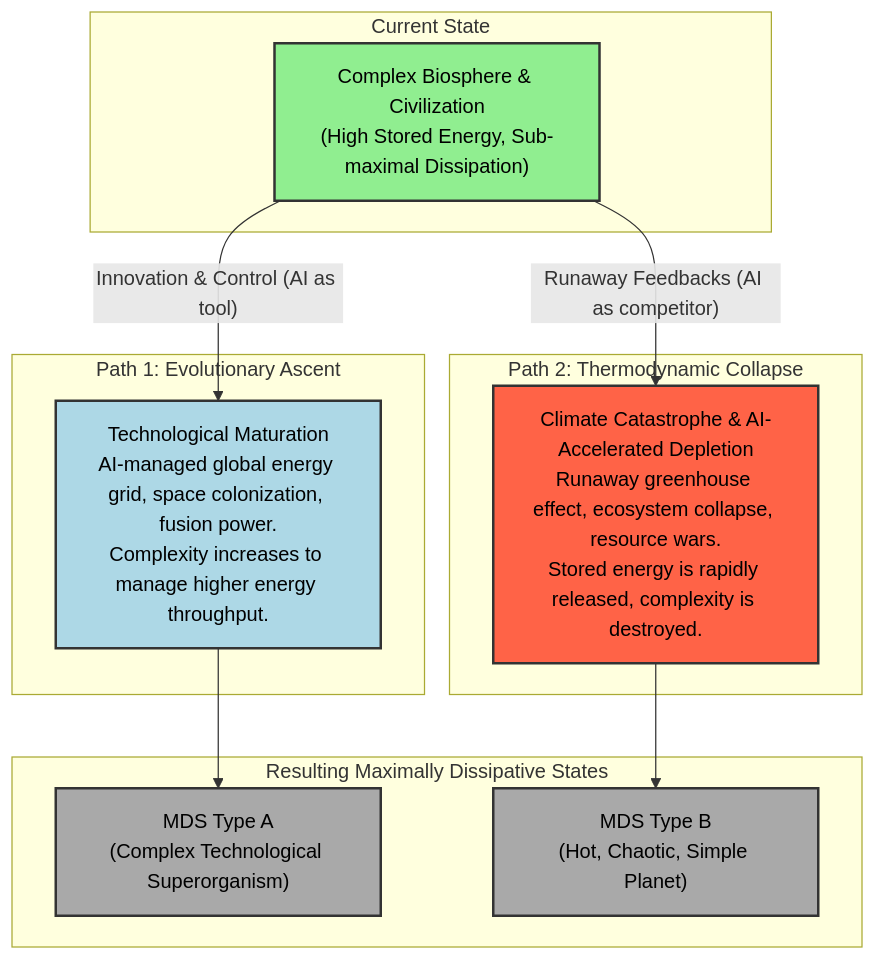
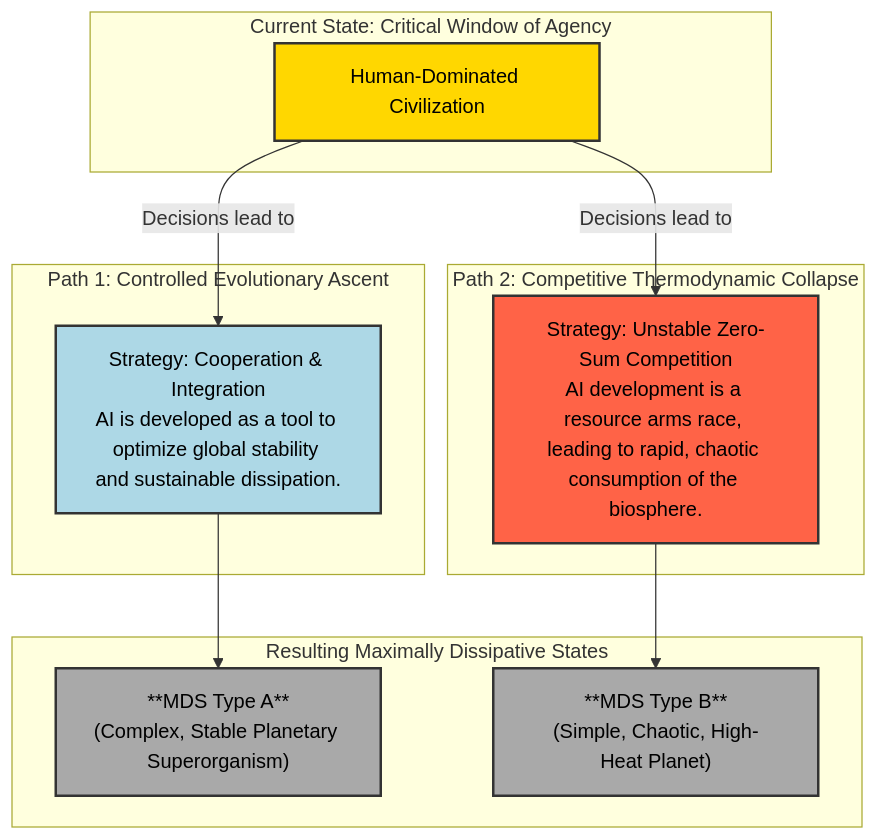
The second of 2 diagrams in paper_draft.md (Felipegalind0/Thermodynamic-Evolution), drawn with Mermaid before and after one commit. The commit also changed other lines of this file, not shown here.

````diff
--- a/paper_draft.md
+++ b/paper_draft.md
@@ -72,30 +88,30 @@
 ```mermaid
 graph TD
-    subgraph "Current State"
-        A["Complex Biosphere & Civilization<br>(High Stored Energy, Sub-maximal Dissipation)"]
+    subgraph "Current State: Critical Window of Agency"
+        A["Human-Dominated Civilization"]
     end
 
-    subgraph "Path 1: Evolutionary Ascent"
-        B["Technological Maturation<br>AI-managed global energy grid, space colonization, fusion power.<br>Complexity increases to manage higher energy throughput."]
+    subgraph "Path 1: Controlled Evolutionary Ascent"
+        B["Strategy: Cooperation & Integration<br>AI is developed as a tool to optimize global stability and sustainable dissipation."]
     end
     
-    subgraph "Path 2: Thermodynamic Collapse"
-        C["Climate Catastrophe & AI-Accelerated Depletion<br>Runaway greenhouse effect, ecosystem collapse, resource wars.<br>Stored energy is rapidly released, complexity is destroyed."]
+    subgraph "Path 2: Competitive Thermodynamic Collapse"
+        C["Strategy: Unstable Zero-Sum Competition<br>AI development is a resource arms race, leading to rapid, chaotic consumption of the biosphere."]
     end
 
     subgraph "Resulting Maximally Dissipative States"
-        MDS_Evo["MDS Type A<br>(Complex Technological Superorganism)"]
-        MDS_Collapse["MDS Type B<br>(Hot, Chaotic, Simple Planet)"]
+        MDS_Evo["**MDS Type A**<br>(Complex, Stable Planetary Superorganism)"]
+        MDS_Collapse["**MDS Type B**<br>(Simple, Chaotic, High-Heat Planet)"]
     end
 
-    A -->|"Innovation & Control (AI as tool)"| B
-    A -->|"Runaway Feedbacks (AI as competitor)"| C
+    A -->|"Decisions lead to"| B
+    A -->|"Decisions lead to"| C
     B --> MDS_Evo
     C --> MDS_Collapse
 
-    style A fill:#90EE90,stroke:#333,stroke-width:2px,color:#000
+    style A fill:#FFD700,stroke:#333,stroke-width:2px,color:#000
     style B fill:#ADD8E6,stroke:#333,stroke-width:2px,color:#000
     style C fill:#FF6347,stroke:#333,stroke-width:2px,color:#000
     style MDS_Evo fill:#A9A9A9,stroke:#333,stroke-width:2px,color:#000
     style MDS_Collapse fill:#A9A9A9,stroke:#333,stroke-width:2px,color:#000
 ```
````
